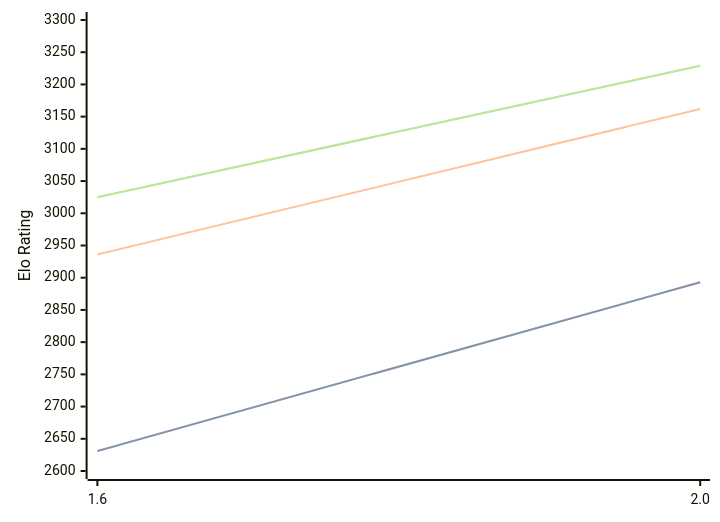
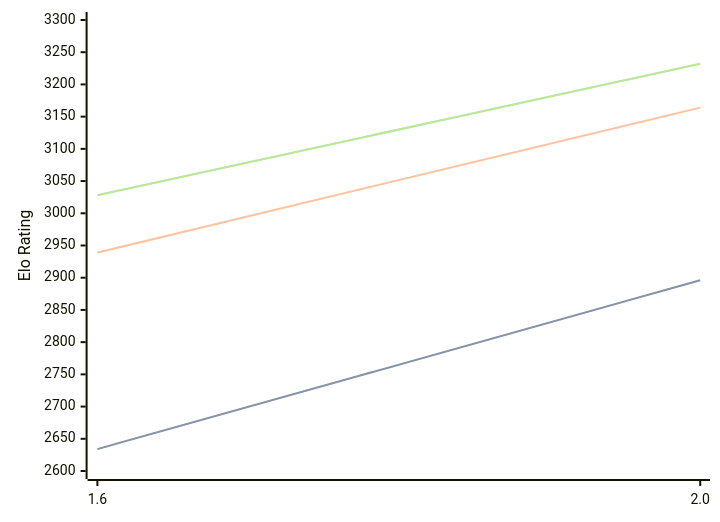
One commit to computer-chess-index/cci changed the diagram in engines/Onyx.md. Above: the diagram before and after it, drawn with Mermaid. The commit also changed other lines of this file, not shown here.

Commit message:
Update CCI Ratings (ELO VLTC) - 2026-09-24

````diff
--- a/engines/Onyx.md
+++ b/engines/Onyx.md
@@ -32,11 +32,11 @@
 ```mermaid
 %%{init: {"theme":"base","themeVariables":{"seriesColors:['#a3a3a3','#222221','#faa371']}}}%%
 xychart-beta
   x-axis ["1.6", "2.0"]
   y-axis "Elo Rating" 2600 --> 3300
-  line "" [2631, 2893]
-  line "STC (8.0+0.08s)" [2631, 2893]
-  line "LTC (60.0+0.60s)" [2936, 3162]
-  line "" [3025, 3229]
-  line "VLTC (2m24s+1.12s)" [3025, 3229]
+  line "" [2634, 2896]
+  line "STC (8.0+0.08s)" [2634, 2896]
+  line "LTC (60.0+0.60s)" [2939, 3164]
+  line "" [3028, 3232]
+  line "VLTC (2m24s+1.12s)" [3028, 3232]
 ```
````
